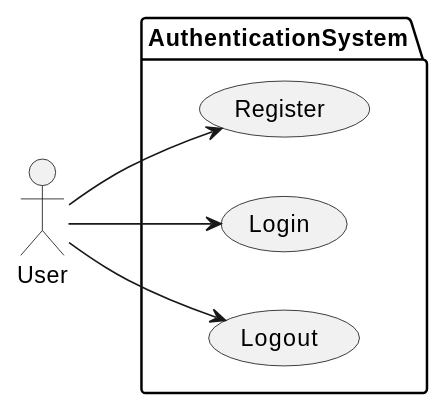
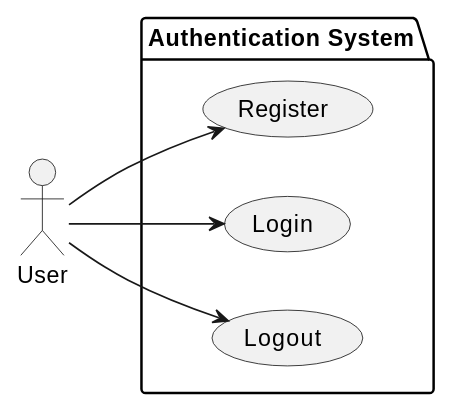
One commit to alick97/my-web changed the diagram in x-zero/docs/authentication-system.md. Above: the diagram before and after it, drawn with PlantUML.

Commit message:
docs: more humanized

````diff
--- a/x-zero/docs/authentication-system.md
+++ b/x-zero/docs/authentication-system.md
@@ -2,17 +2,17 @@
 ```puml
 @startuml
 left to right direction
 
 actor User as U
-package AuthenticationSystem {
+package "Authentication System" {
   usecase "Register" as UC1
   usecase "Login" as UC2
   usecase "Logout" as UC3
 }
 
 U --> UC1
 U --> UC2
 U --> UC3
 
 @enduml
 ```
````
